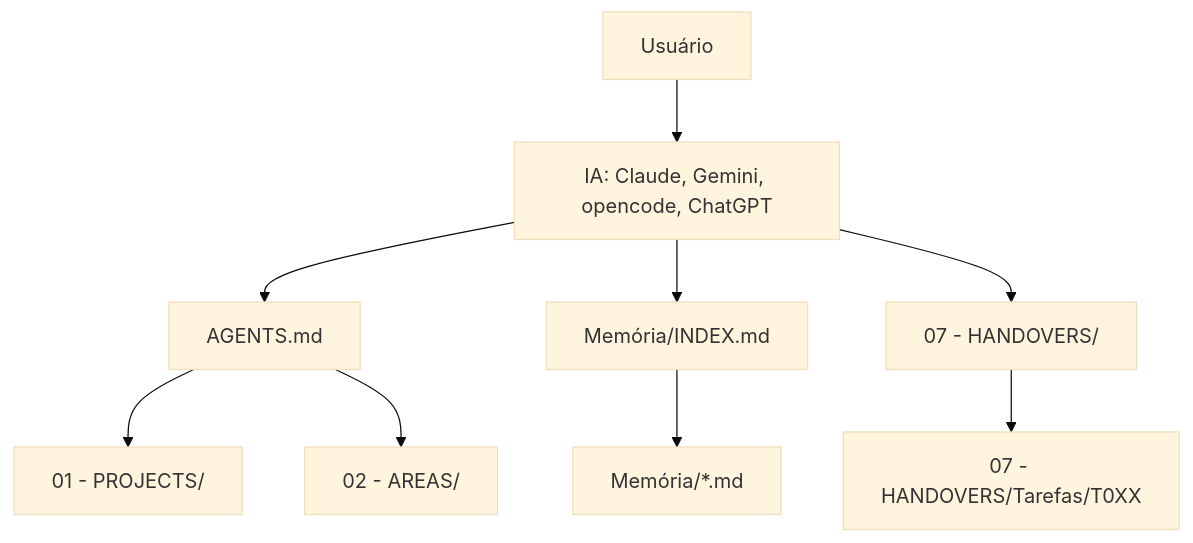
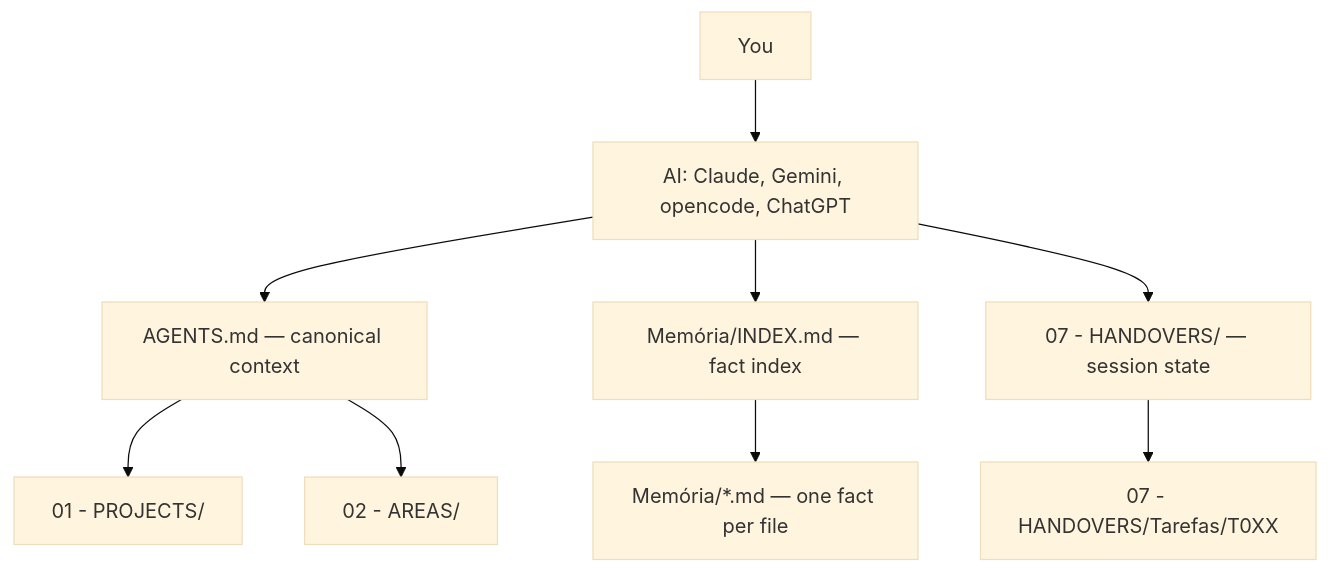
One commit to PedroHenrique0713/brain-template changed the first of 3 diagrams in README.md. Above: the diagram before and after it, drawn with Mermaid (base theme). The commit also changed other lines of this file and 2 other files, not shown here.

````diff
--- a/README.md
+++ b/README.md
@@ -57,11 +70,11 @@
 ```mermaid
 flowchart TD
-  User["Usuário"] --> AI["IA: Claude, Gemini, opencode, ChatGPT"]
-  AI --> Agents["AGENTS.md"]
-  AI --> MemoryIndex["Memória/INDEX.md"]
-  AI --> Handover["07 - HANDOVERS/"]
+  User["You"] --> AI["AI: Claude, Gemini, opencode, ChatGPT"]
+  AI --> Agents["AGENTS.md — canonical context"]
+  AI --> MemoryIndex["Memória/INDEX.md — fact index"]
+  AI --> Handover["07 - HANDOVERS/ — session state"]
   Agents --> Projects["01 - PROJECTS/"]
   Agents --> Areas["02 - AREAS/"]
-  MemoryIndex --> Facts["Memória/*.md"]
+  MemoryIndex --> Facts["Memória/*.md — one fact per file"]
   Handover --> Tasks["07 - HANDOVERS/Tarefas/T0XX"]
 ```
````
